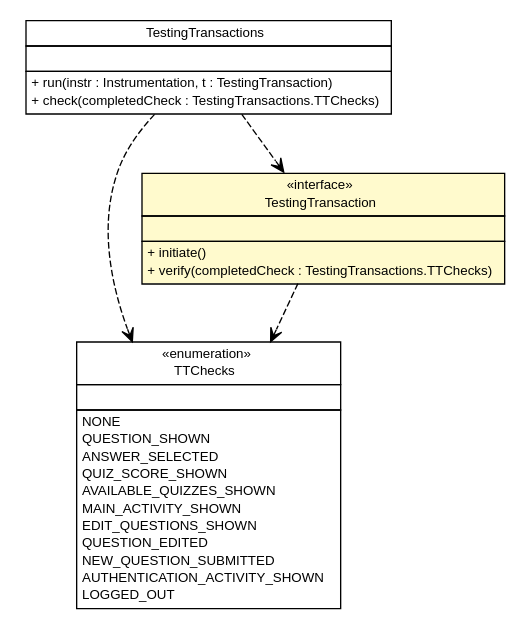
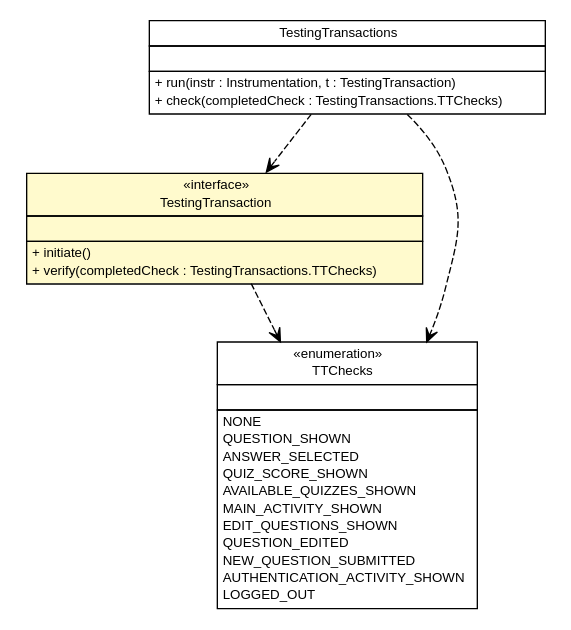
Before and after one commit to SidneyBovet/sweng-2013-quizapp: the diagram in SwEng2013QuizApp/reports/epfl/sweng/testing/TestingTransaction.dot, drawn with Graphviz. The commit also changed 146 other files, not shown here.

Commit message:
ant reports rerun to create the .png for UML

```diff
--- a/SwEng2013QuizApp/reports/epfl/sweng/testing/TestingTransaction.dot
+++ b/SwEng2013QuizApp/reports/epfl/sweng/testing/TestingTransaction.dot
@@ -1,68 +1,68 @@
 #!/usr/local/bin/dot
 #
 # Class diagram 
 # Generated by UMLGraph version R5_6_6-1-g9240c4 (http://www.umlgraph.org/)
 #
 
 digraph G {
-	edge [fontname="arial",fontsize=10,labelfontname="arial",labelfontsize=10];
-	node [fontname="arial",fontsize=10,shape=plaintext];
+	edge [fontname="Helvetica",fontsize=10,labelfontname="Helvetica",labelfontsize=10];
+	node [fontname="Helvetica",fontsize=10,shape=plaintext];
 	nodesep=0.25;
 	ranksep=0.5;
+	// epfl.sweng.testing.TestingTransaction
+	c871 [label=<<table title="epfl.sweng.testing.TestingTransaction" border="0" cellborder="1" cellspacing="0" cellpadding="2" port="p" bgcolor="lemonChiffon" href="./TestingTransaction.html">
+		<tr><td><table border="0" cellspacing="0" cellpadding="1">
+<tr><td align="center" balign="center"> &#171;interface&#187; </td></tr>
+<tr><td align="center" balign="center"> TestingTransaction </td></tr>
+		</table></td></tr>
+		<tr><td><table border="0" cellspacing="0" cellpadding="1">
+<tr><td align="left" balign="left">  </td></tr>
+		</table></td></tr>
+		<tr><td><table border="0" cellspacing="0" cellpadding="1">
+<tr><td align="left" balign="left"> + initiate() </td></tr>
+<tr><td align="left" balign="left"> + verify(completedCheck : TestingTransactions.TTChecks) </td></tr>
+		</table></td></tr>
+		</table>>, URL="./TestingTransaction.html", fontname="Helvetica", fontcolor="black", fontsize=10.0];
 	// epfl.sweng.testing.TestingTransactions
-	c781 [label=<<table title="epfl.sweng.testing.TestingTransactions" border="0" cellborder="1" cellspacing="0" cellpadding="2" port="p" href="./TestingTransactions.html">
+	c872 [label=<<table title="epfl.sweng.testing.TestingTransactions" border="0" cellborder="1" cellspacing="0" cellpadding="2" port="p" href="./TestingTransactions.html">
 		<tr><td><table border="0" cellspacing="0" cellpadding="1">
 <tr><td align="center" balign="center"> TestingTransactions </td></tr>
 		</table></td></tr>
 		<tr><td><table border="0" cellspacing="0" cellpadding="1">
 <tr><td align="left" balign="left">  </td></tr>
 		</table></td></tr>
 		<tr><td><table border="0" cellspacing="0" cellpadding="1">
 <tr><td align="left" balign="left"> + run(instr : Instrumentation, t : TestingTransaction) </td></tr>
 <tr><td align="left" balign="left"> + check(completedCheck : TestingTransactions.TTChecks) </td></tr>
 		</table></td></tr>
-		</table>>, URL="./TestingTransactions.html", fontname="arial", fontcolor="black", fontsize=10.0];
+		</table>>, URL="./TestingTransactions.html", fontname="Helvetica", fontcolor="black", fontsize=10.0];
 	// epfl.sweng.testing.TestingTransactions.TTChecks
-	c782 [label=<<table title="epfl.sweng.testing.TestingTransactions.TTChecks" border="0" cellborder="1" cellspacing="0" cellpadding="2" port="p" href="./TestingTransactions.TTChecks.html">
+	c873 [label=<<table title="epfl.sweng.testing.TestingTransactions.TTChecks" border="0" cellborder="1" cellspacing="0" cellpadding="2" port="p" href="./TestingTransactions.TTChecks.html">
 		<tr><td><table border="0" cellspacing="0" cellpadding="1">
 <tr><td align="center" balign="center"> &#171;enumeration&#187; </td></tr>
 <tr><td align="center" balign="center"> TTChecks </td></tr>
 		</table></td></tr>
 		<tr><td><table border="0" cellspacing="0" cellpadding="1">
 <tr><td align="left" balign="left">  </td></tr>
 		</table></td></tr>
 		<tr><td><table border="0" cellspacing="0" cellpadding="1">
 <tr><td align="left" balign="left"> NONE </td></tr>
 <tr><td align="left" balign="left"> QUESTION_SHOWN </td></tr>
 <tr><td align="left" balign="left"> ANSWER_SELECTED </td></tr>
 <tr><td align="left" balign="left"> QUIZ_SCORE_SHOWN </td></tr>
 <tr><td align="left" balign="left"> AVAILABLE_QUIZZES_SHOWN </td></tr>
 <tr><td align="left" balign="left"> MAIN_ACTIVITY_SHOWN </td></tr>
 <tr><td align="left" balign="left"> EDIT_QUESTIONS_SHOWN </td></tr>
 <tr><td align="left" balign="left"> QUESTION_EDITED </td></tr>
 <tr><td align="left" balign="left"> NEW_QUESTION_SUBMITTED </td></tr>
 <tr><td align="left" balign="left"> AUTHENTICATION_ACTIVITY_SHOWN </td></tr>
 <tr><td align="left" balign="left"> LOGGED_OUT </td></tr>
 		</table></td></tr>
-		</table>>, URL="./TestingTransactions.TTChecks.html", fontname="arial", fontcolor="black", fontsize=10.0];
-	// epfl.sweng.testing.TestingTransaction
-	c783 [label=<<table title="epfl.sweng.testing.TestingTransaction" border="0" cellborder="1" cellspacing="0" cellpadding="2" port="p" bgcolor="lemonChiffon" href="./TestingTransaction.html">
-		<tr><td><table border="0" cellspacing="0" cellpadding="1">
-<tr><td align="center" balign="center"> &#171;interface&#187; </td></tr>
-<tr><td align="center" balign="center"> TestingTransaction </td></tr>
-		</table></td></tr>
-		<tr><td><table border="0" cellspacing="0" cellpadding="1">
-<tr><td align="left" balign="left">  </td></tr>
-		</table></td></tr>
-		<tr><td><table border="0" cellspacing="0" cellpadding="1">
-<tr><td align="left" balign="left"> + initiate() </td></tr>
-<tr><td align="left" balign="left"> + verify(completedCheck : TestingTransactions.TTChecks) </td></tr>
-		</table></td></tr>
-		</table>>, URL="./TestingTransaction.html", fontname="arial", fontcolor="black", fontsize=10.0];
+		</table>>, URL="./TestingTransactions.TTChecks.html", fontname="Helvetica", fontcolor="black", fontsize=10.0];
+	// epfl.sweng.testing.TestingTransaction DEPEND epfl.sweng.testing.TestingTransactions.TTChecks
+	c871:p -> c873:p [taillabel="", label="", headlabel="", fontname="Helvetica", fontcolor="black", fontsize=10.0, color="black", arrowhead=open, style=dashed];
+	// epfl.sweng.testing.TestingTransactions DEPEND epfl.sweng.testing.TestingTransaction
+	c872:p -> c871:p [taillabel="", label="", headlabel="", fontname="Helvetica", fontcolor="black", fontsize=10.0, color="black", arrowhead=open, style=dashed];
 	// epfl.sweng.testing.TestingTransactions DEPEND epfl.sweng.testing.TestingTransactions.TTChecks
-	c781:p -> c782:p [taillabel="", label="", headlabel="", fontname="arial", fontcolor="black", fontsize=10.0, color="black", arrowhead=open, style=dashed];
-	// epfl.sweng.testing.TestingTransactions DEPEND epfl.sweng.testing.TestingTransaction
-	c781:p -> c783:p [taillabel="", label="", headlabel="", fontname="arial", fontcolor="black", fontsize=10.0, color="black", arrowhead=open, style=dashed];
-	// epfl.sweng.testing.TestingTransaction DEPEND epfl.sweng.testing.TestingTransactions.TTChecks
-	c783:p -> c782:p [taillabel="", label="", headlabel="", fontname="arial", fontcolor="black", fontsize=10.0, color="black", arrowhead=open, style=dashed];
+	c872:p -> c873:p [taillabel="", label="", headlabel="", fontname="Helvetica", fontcolor="black", fontsize=10.0, color="black", arrowhead=open, style=dashed];
 }
```
